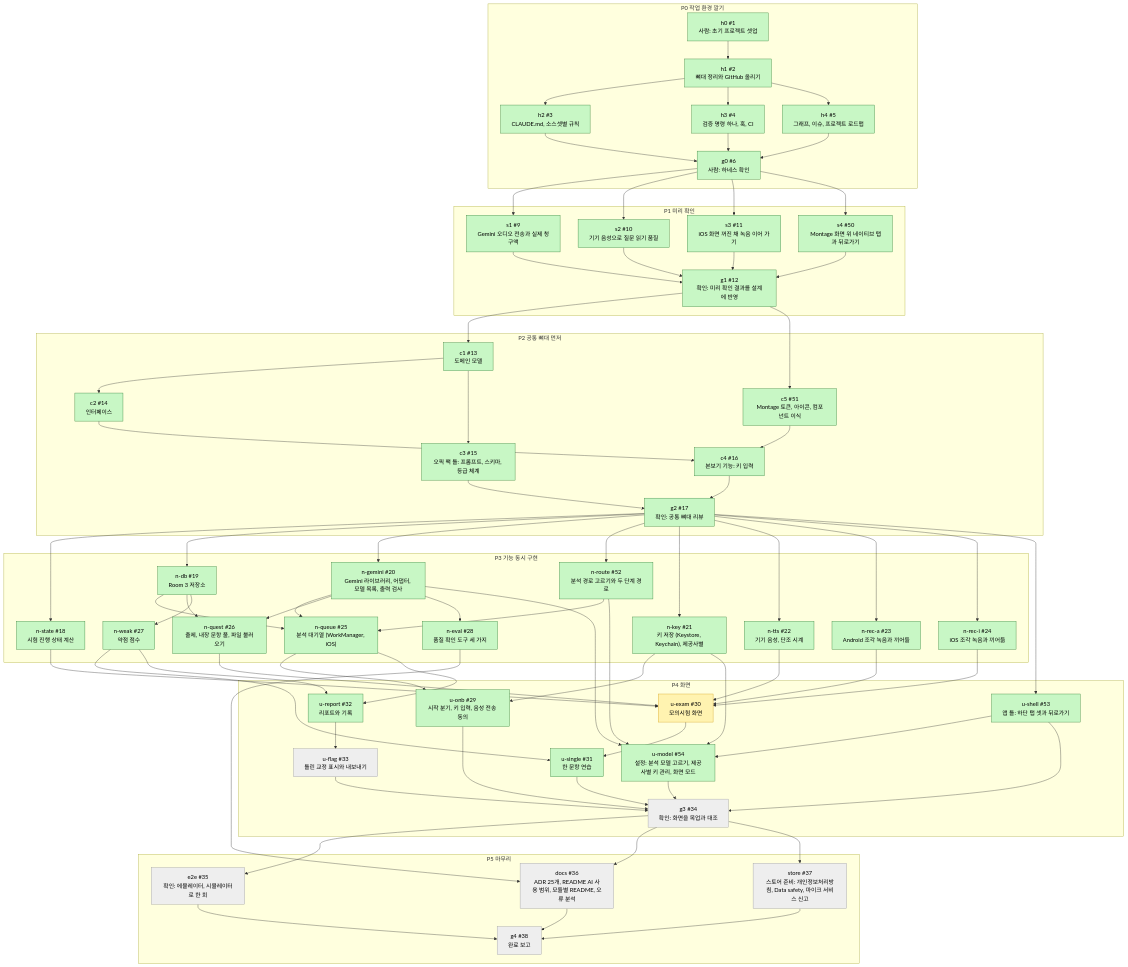
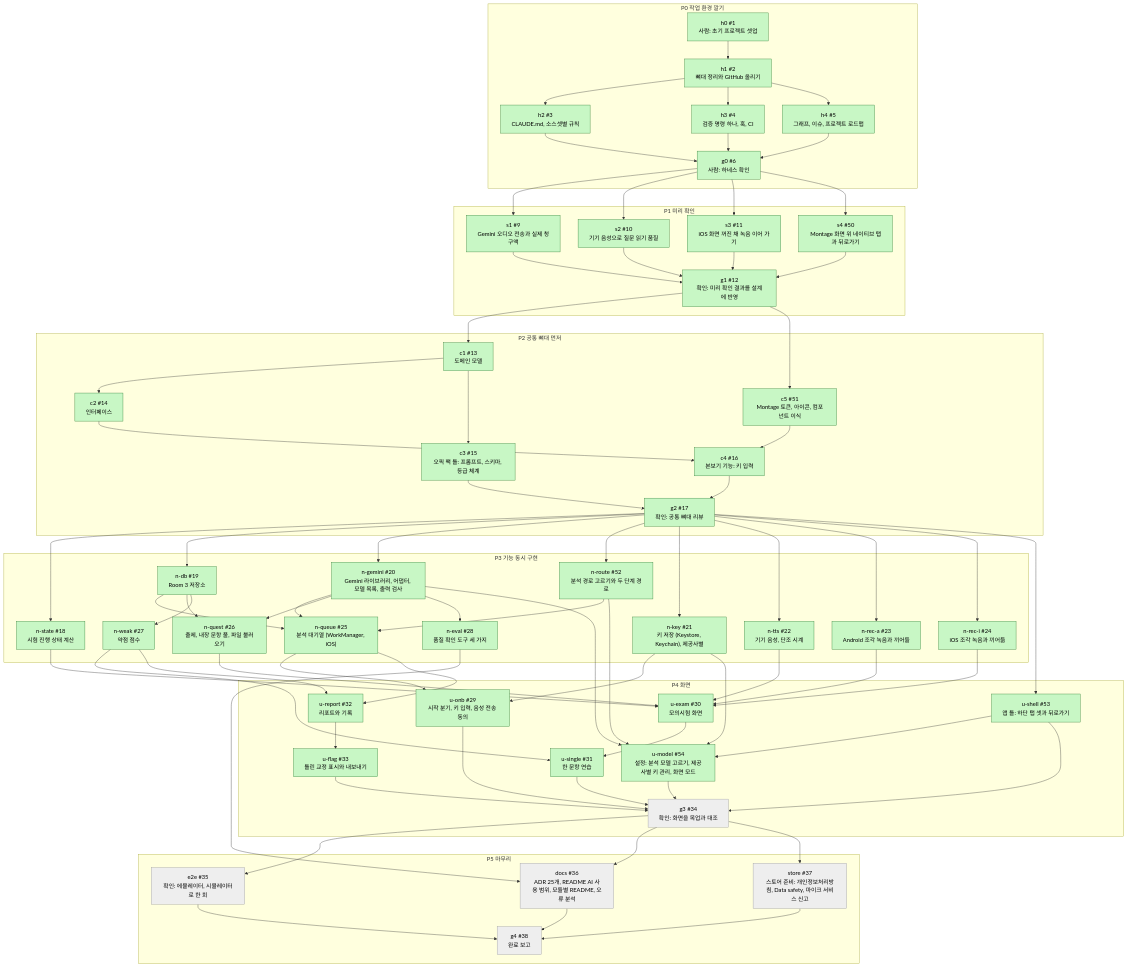
The first of 2 diagrams in docs/graph/dev-graph.md (nosorae/AiOpicSelfStudy), drawn with Mermaid before and after one commit. The commit also changed other lines of this file and 34 other files, not shown here.

````diff
--- a/docs/graph/dev-graph.md
+++ b/docs/graph/dev-graph.md
@@ -127,10 +127,9 @@
   docs --> g4
   store --> g4
   classDef todo fill:#eeeeee,stroke:#999999,color:#000
-  class u_flag,g3,e2e,docs,store,g4 todo
+  class g3,e2e,docs,store,g4 todo
   classDef doing fill:#fff3b0,stroke:#d4a017,color:#000
-  class u_exam doing
   classDef done fill:#c8f7c5,stroke:#2e7d32,color:#000
-  class h0,h1,h2,h3,h4,g0,s1,s2,s3,s4,g1,c1,c2,c3,c5,c4,g2,n_state,n_db,n_gemini,n_route,n_key,n_tts,n_rec_a,n_rec_i,n_queue,n_quest,n_weak,n_eval,u_onb,u_shell,u_single,u_report,u_model done
+  class h0,h1,h2,h3,h4,g0,s1,s2,s3,s4,g1,c1,c2,c3,c5,c4,g2,n_state,n_db,n_gemini,n_route,n_key,n_tts,n_rec_a,n_rec_i,n_queue,n_quest,n_weak,n_eval,u_onb,u_shell,u_exam,u_single,u_report,u_flag,u_model done
   classDef blocked fill:#ffcdd2,stroke:#c62828,color:#000
 ```
````
